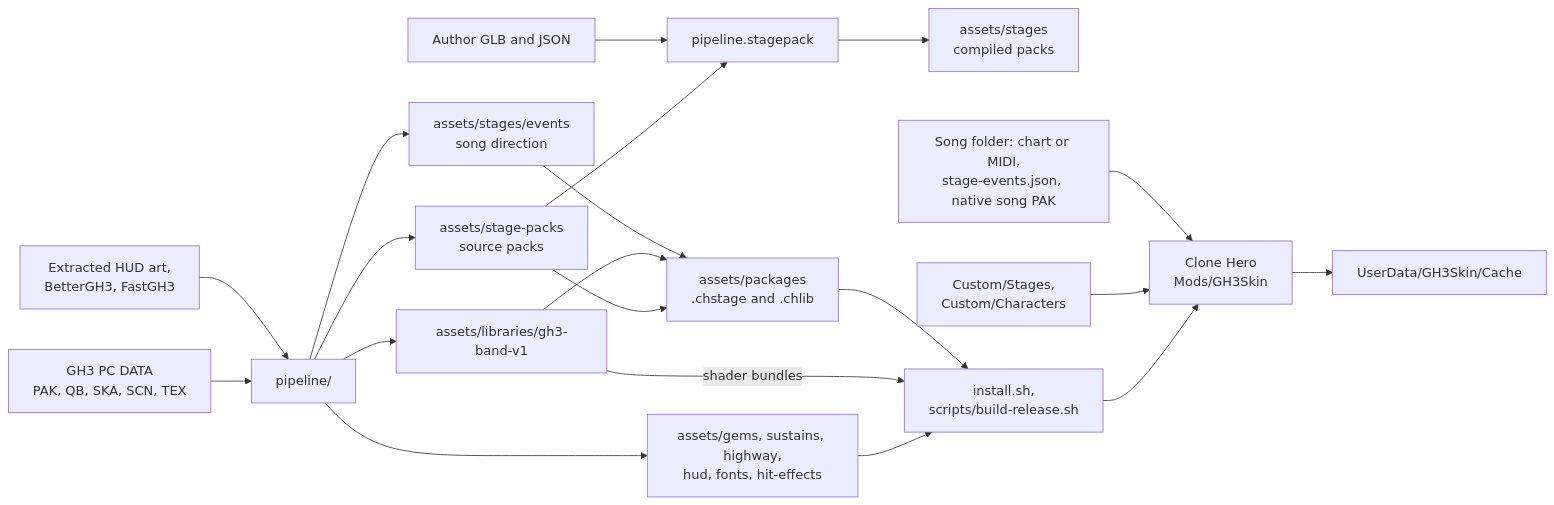
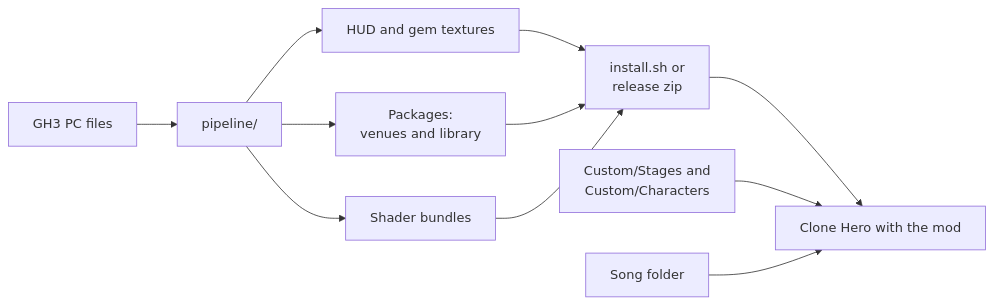
The first of 3 diagrams in docs/ARCHITECTURE.md (heditwo/gh3-clonehero-skin), drawn with Mermaid before and after one commit. The commit also changed other lines of this file and 22 other files, not shown here.

````diff
--- a/docs/ARCHITECTURE.md
+++ b/docs/ARCHITECTURE.md
@@ -8,22 +8,13 @@
 ```mermaid
 flowchart LR
-    GH3[GH3 PC DATA<br/>PAK, QB, SKA, SCN, TEX] --> Pipeline[pipeline/]
-    Art[Extracted HUD art,<br/>BetterGH3, FastGH3] --> Pipeline
-    Pipeline --> HudAssets[assets/gems, sustains, highway,<br/>hud, fonts, hit-effects]
-    Pipeline --> Library[assets/libraries/gh3-band-v1]
-    Pipeline --> Packs[assets/stage-packs<br/>source packs]
-    Packs --> Compiler[pipeline.stagepack]
-    Author[Author GLB and JSON] --> Compiler
-    Compiler --> Stages[assets/stages<br/>compiled packs]
-    Pipeline --> Events[assets/stages/events<br/>song direction]
-    Packs --> Packages[assets/packages<br/>.chstage and .chlib]
-    Library --> Packages
-    Events --> Packages
-    HudAssets --> Install[install.sh,<br/>scripts/build-release.sh]
-    Library -- shader bundles --> Install
+    GH3[GH3 PC files] --> Pipeline[pipeline/]
+    Pipeline --> Hud[HUD and gem textures]
+    Pipeline --> Packages[Packages:<br/>venues and library]
+    Pipeline --> Shaders[Shader bundles]
+    Hud --> Install[install.sh or<br/>release zip]
     Packages --> Install
-    Install --> Game[Clone Hero<br/>Mods/GH3Skin]
-    Custom[Custom/Stages,<br/>Custom/Characters] --> Game
-    Game --> Cache[UserData/GH3Skin/Cache]
-    Chart[Song folder: chart or MIDI,<br/>stage-events.json, native song PAK] --> Game
+    Shaders --> Install
+    Install --> Game[Clone Hero with the mod]
+    Custom[Custom/Stages and<br/>Custom/Characters] --> Game
+    Song[Song folder] --> Game
 ```
````
